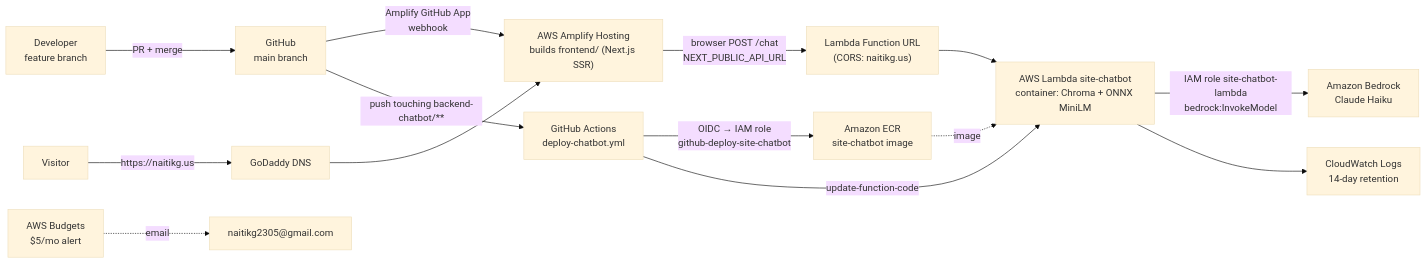
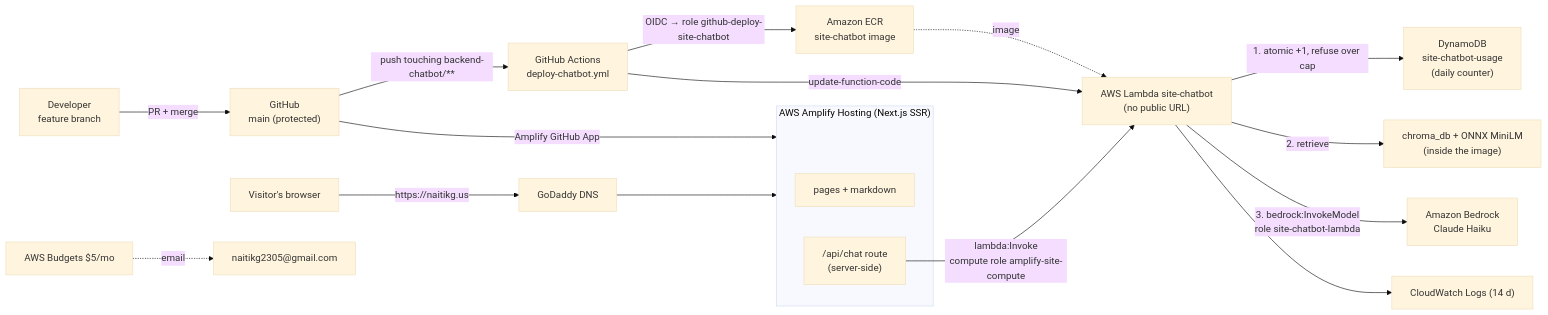
The diagram in docs/AWS_DEPLOYMENT.md (naitikg2305/PersonalWebsite), drawn with Mermaid (base theme) before and after one commit. The commit also changed other lines of this file, not shown here.

Commit message:
docs: security model (proxy + IAM-only Lambda + daily cap), updated commands

````diff
--- a/docs/AWS_DEPLOYMENT.md
+++ b/docs/AWS_DEPLOYMENT.md
@@ -13,19 +13,24 @@
 ```mermaid
 flowchart LR
-    dev["Developer<br/>feature branch"] -->|PR + merge| main["GitHub<br/>main branch"]
+    dev["Developer<br/>feature branch"] -->|PR + merge| main["GitHub<br/>main (protected)"]
 
-    main -->|Amplify GitHub App<br/>webhook| amplify["AWS Amplify Hosting<br/>builds frontend/ (Next.js SSR)"]
+    main -->|Amplify GitHub App| amplify
     main -->|push touching backend-chatbot/**| gha["GitHub Actions<br/>deploy-chatbot.yml"]
-
-    gha -->|OIDC → IAM role<br/>github-deploy-site-chatbot| ecr["Amazon ECR<br/>site-chatbot image"]
+    gha -->|OIDC → role github-deploy-site-chatbot| ecr["Amazon ECR<br/>site-chatbot image"]
     gha -->|update-function-code| lambda
 
-    visitor["Visitor"] -->|https://naitikg.us| dns["GoDaddy DNS"] --> amplify
-    amplify -->|browser POST /chat<br/>NEXT_PUBLIC_API_URL| furl["Lambda Function URL<br/>(CORS: naitikg.us)"]
-    furl --> lambda["AWS Lambda site-chatbot<br/>container: Chroma + ONNX MiniLM"]
+    visitor["Visitor's browser"] -->|https://naitikg.us| dns["GoDaddy DNS"] --> amplify
+
+    subgraph amplify["AWS Amplify Hosting (Next.js SSR)"]
+      pages["pages + markdown"]
+      route["/api/chat route<br/>(server-side)"]
+    end
+
+    route -->|lambda:Invoke<br/>compute role amplify-site-compute| lambda["AWS Lambda site-chatbot<br/>(no public URL)"]
     ecr -.image.-> lambda
-    lambda -->|IAM role site-chatbot-lambda<br/>bedrock:InvokeModel| bedrock["Amazon Bedrock<br/>Claude Haiku"]
-    lambda --> logs["CloudWatch Logs<br/>14-day retention"]
-
-    budget["AWS Budgets<br/>$5/mo alert"] -.email.-> owner["naitikg2305@gmail.com"]
+    lambda -->|1. atomic +1, refuse over cap| ddb["DynamoDB<br/>site-chatbot-usage<br/>(daily counter)"]
+    lambda -->|2. retrieve| chroma["chroma_db + ONNX MiniLM<br/>(inside the image)"]
+    lambda -->|3. bedrock:InvokeModel<br/>role site-chatbot-lambda| bedrock["Amazon Bedrock<br/>Claude Haiku"]
+    lambda --> logs["CloudWatch Logs (14 d)"]
+    budget["AWS Budgets $5/mo"] -.email.-> owner["naitikg2305@gmail.com"]
 ```
````
